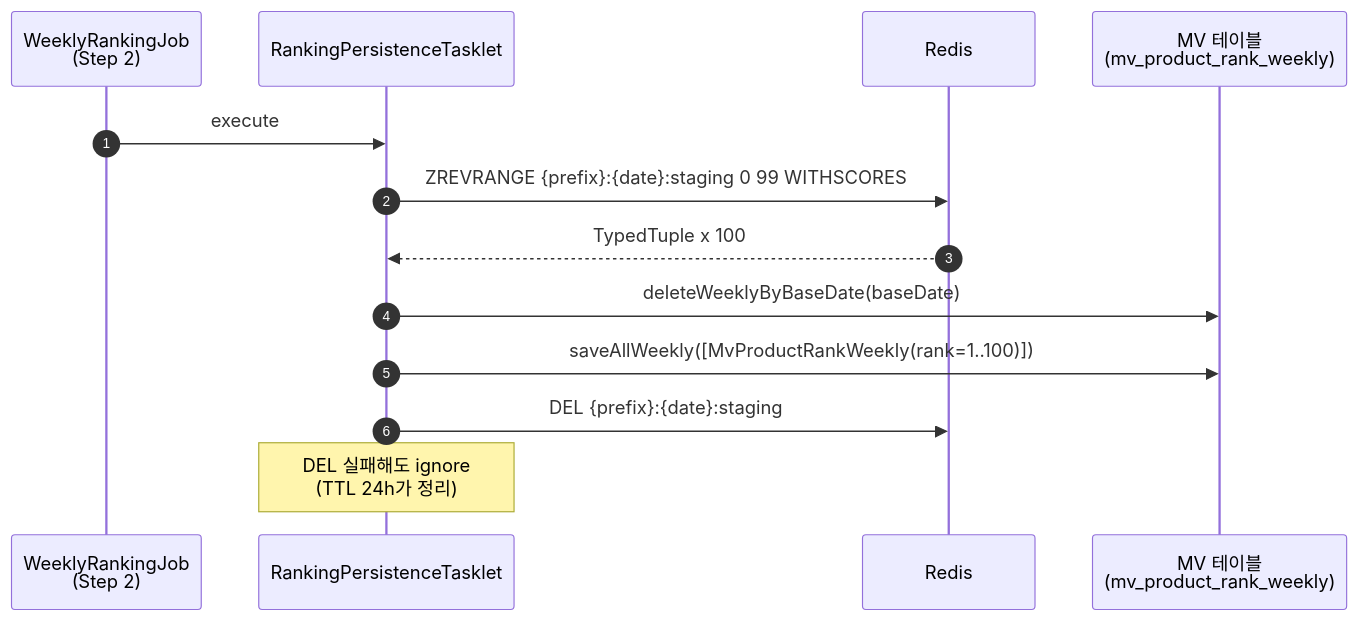
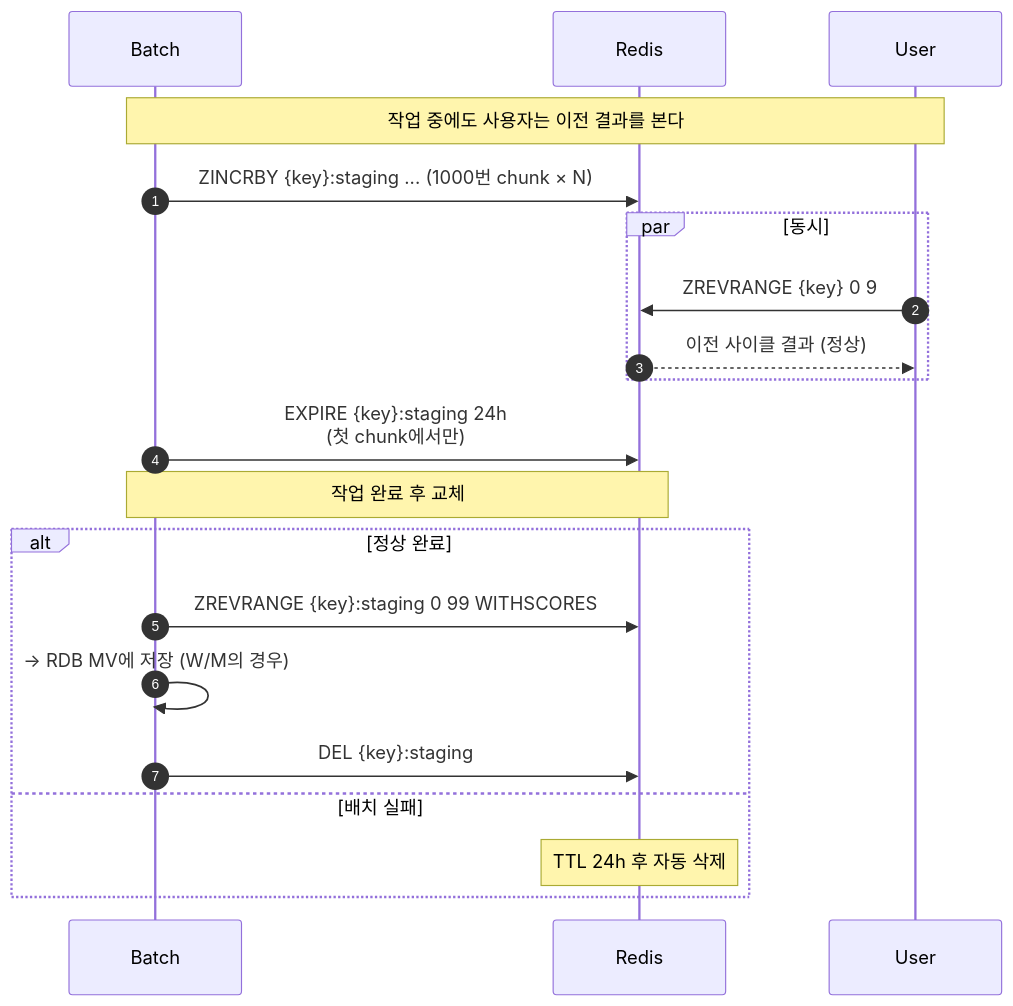
The fourth of 8 diagrams in 퉁그리/[3주차]레디스 자료 구조 활용 사례.md (eu-ssya/redis-for-developers), drawn with Mermaid before and after one commit. The commit also changed other lines of this file, not shown here.

````diff
--- a/퉁그리/[3주차]레디스 자료 구조 활용 사례.md
+++ b/퉁그리/[3주차]레디스 자료 구조 활용 사례.md
@@ -175,16 +146,24 @@
 ```mermaid
 sequenceDiagram
     autonumber
-    participant Job as WeeklyRankingJob<br/>(Step 2)
-    participant T as RankingPersistenceTasklet
-    participant Redis
-    participant DB as MV 테이블<br/>(mv_product_rank_weekly)
+    participant B as Batch
+    participant R as Redis
+    participant U as User
 
-    Job->>T: execute
-    T->>Redis: ZREVRANGE {prefix}:{date}:staging 0 99 WITHSCORES
-    Redis-->>T: TypedTuple x 100
-    T->>DB: deleteWeeklyByBaseDate(baseDate)
-    T->>DB: saveAllWeekly([MvProductRankWeekly(rank=1..100)])
-    T->>Redis: DEL {prefix}:{date}:staging
-    Note over T: DEL 실패해도 ignore<br/>(TTL 24h가 정리)
+    Note over B,U: 작업 중에도 사용자는 이전 결과를 본다
+    B->>R: ZINCRBY {key}:staging ... (1000번 chunk × N)
+    par 동시
+        U->>R: ZREVRANGE {key} 0 9
+        R-->>U: 이전 사이클 결과 (정상)
+    end
+    B->>R: EXPIRE {key}:staging 24h<br/>(첫 chunk에서만)
+    
+    Note over B,R: 작업 완료 후 교체
+    alt 정상 완료
+        B->>R: ZREVRANGE {key}:staging 0 99 WITHSCORES
+        B->>B: → RDB MV에 저장 (W/M의 경우)
+        B->>R: DEL {key}:staging
+    else 배치 실패
+        Note over R: TTL 24h 후 자동 삭제
+    end
 ```
````
